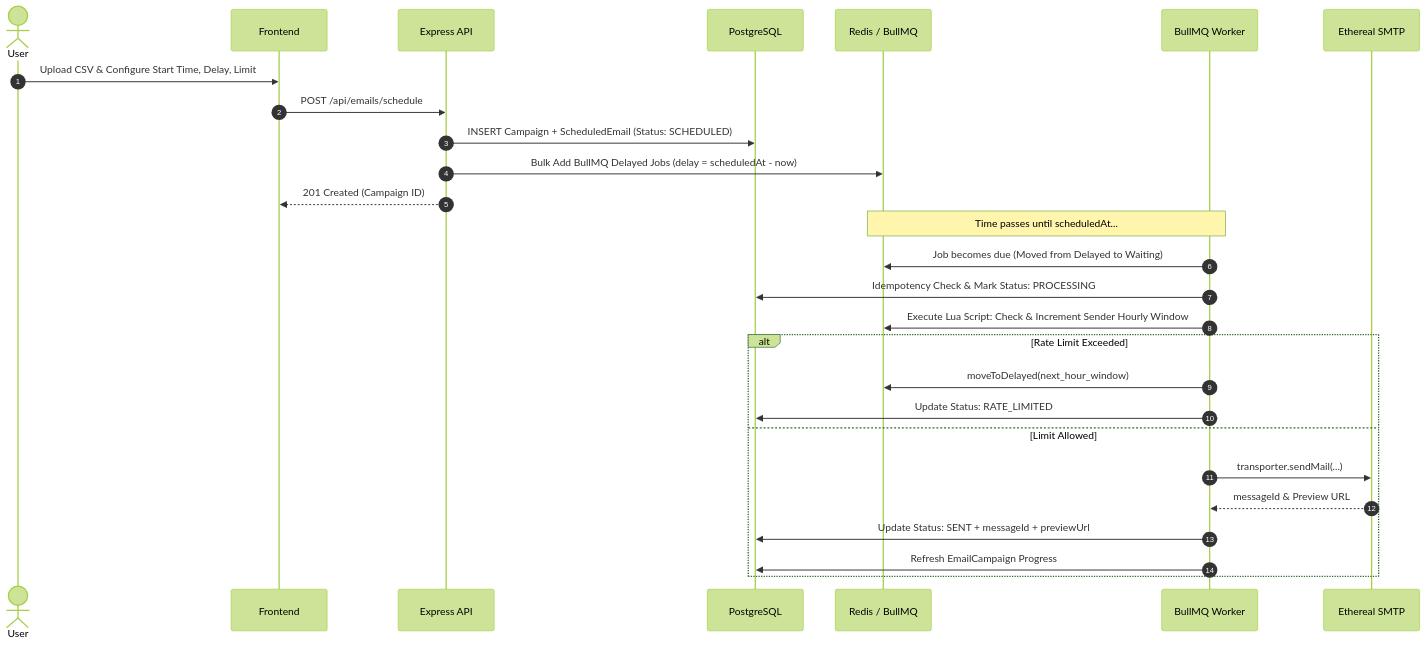
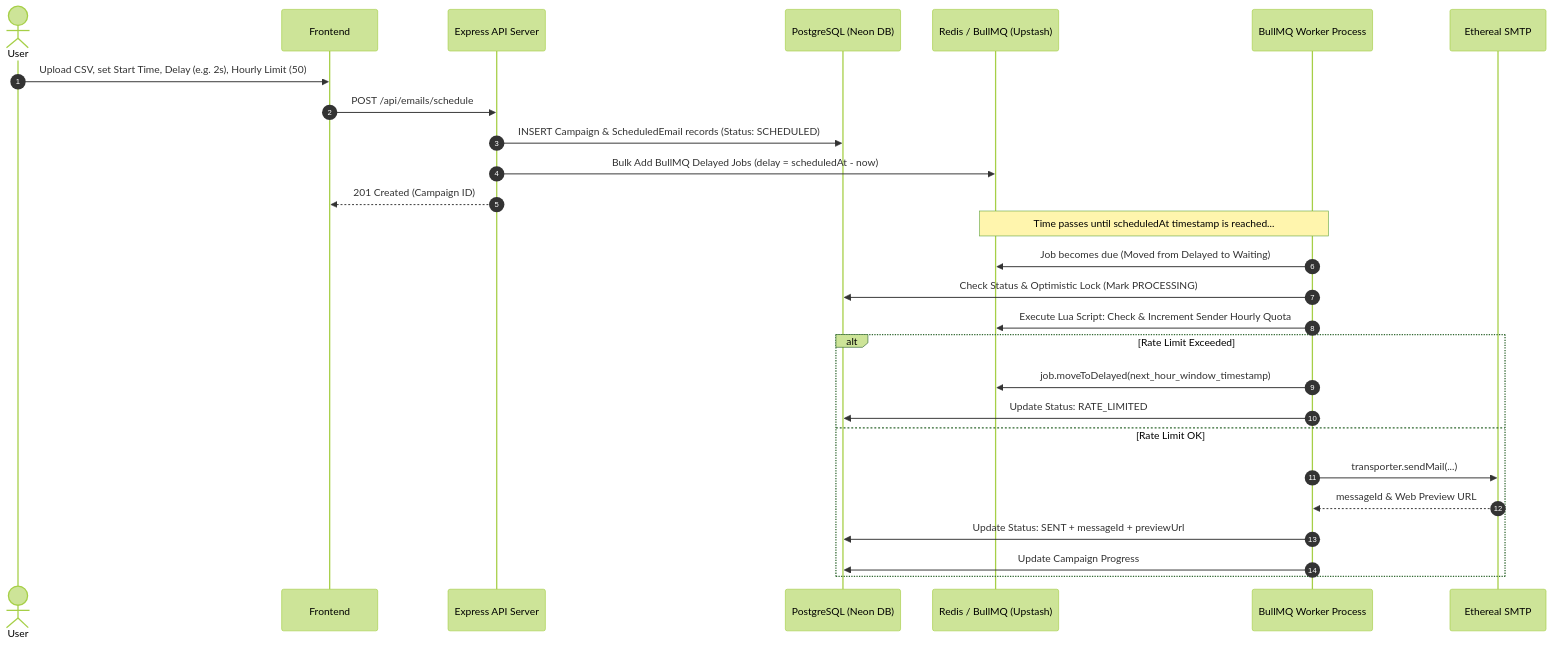
Before and after one commit to tanyaaa0070/eachinbox-scheduler: the second of 2 diagrams in README.md, drawn with Mermaid (forest theme). The commit also changed other lines of this file, not shown here.

Commit message:
docs: finalize README with full submission guidelines, feature matrix, architecture, and trade-offs

````diff
--- a/README.md
+++ b/README.md
@@ -73,32 +100,32 @@
 ```mermaid
 sequenceDiagram
     autonumber
     actor User
     participant Frontend
-    participant API as Express API
-    participant DB as PostgreSQL
-    participant Redis as Redis / BullMQ
-    participant Worker as BullMQ Worker
+    participant API as Express API Server
+    participant DB as PostgreSQL (Neon DB)
+    participant Redis as Redis / BullMQ (Upstash)
+    participant Worker as BullMQ Worker Process
     participant SMTP as Ethereal SMTP
 
-    User->>Frontend: Upload CSV & Configure Start Time, Delay, Limit
+    User->>Frontend: Upload CSV, set Start Time, Delay (e.g. 2s), Hourly Limit (50)
     Frontend->>API: POST /api/emails/schedule
-    API->>DB: INSERT Campaign + ScheduledEmail (Status: SCHEDULED)
+    API->>DB: INSERT Campaign & ScheduledEmail records (Status: SCHEDULED)
     API->>Redis: Bulk Add BullMQ Delayed Jobs (delay = scheduledAt - now)
     API-->>Frontend: 201 Created (Campaign ID)
 
-    Note over Redis,Worker: Time passes until scheduledAt...
+    Note over Redis,Worker: Time passes until scheduledAt timestamp is reached...
 
     Worker->>Redis: Job becomes due (Moved from Delayed to Waiting)
-    Worker->>DB: Idempotency Check & Mark Status: PROCESSING
-    Worker->>Redis: Execute Lua Script: Check & Increment Sender Hourly Window
+    Worker->>DB: Check Status & Optimistic Lock (Mark PROCESSING)
+    Worker->>Redis: Execute Lua Script: Check & Increment Sender Hourly Quota
     alt Rate Limit Exceeded
-        Worker->>Redis: moveToDelayed(next_hour_window)
+        Worker->>Redis: job.moveToDelayed(next_hour_window_timestamp)
         Worker->>DB: Update Status: RATE_LIMITED
-    else Limit Allowed
+    else Rate Limit OK
         Worker->>SMTP: transporter.sendMail(...)
-        SMTP-->>Worker: messageId & Preview URL
+        SMTP-->>Worker: messageId & Web Preview URL
         Worker->>DB: Update Status: SENT + messageId + previewUrl
-        Worker->>DB: Refresh EmailCampaign Progress
+        Worker->>DB: Update Campaign Progress
     end
 ```
````
